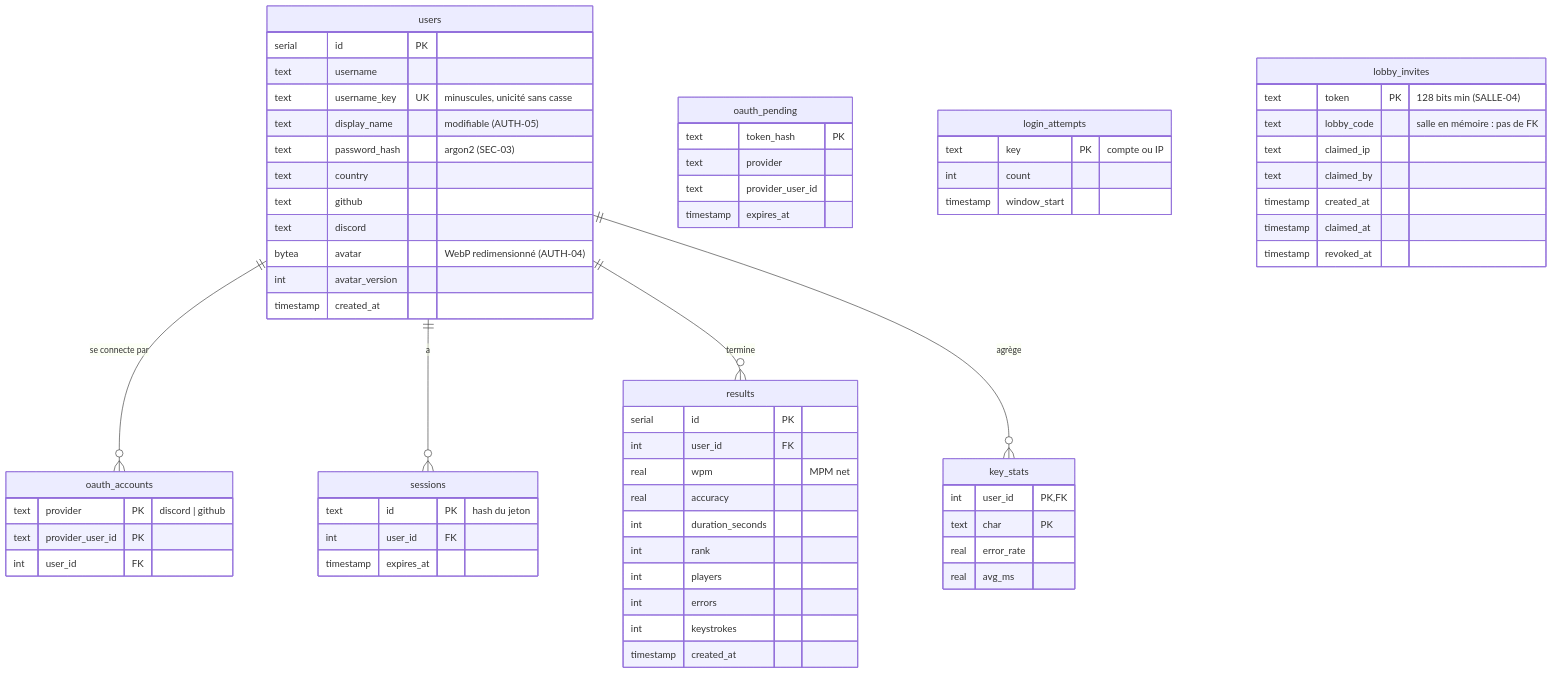
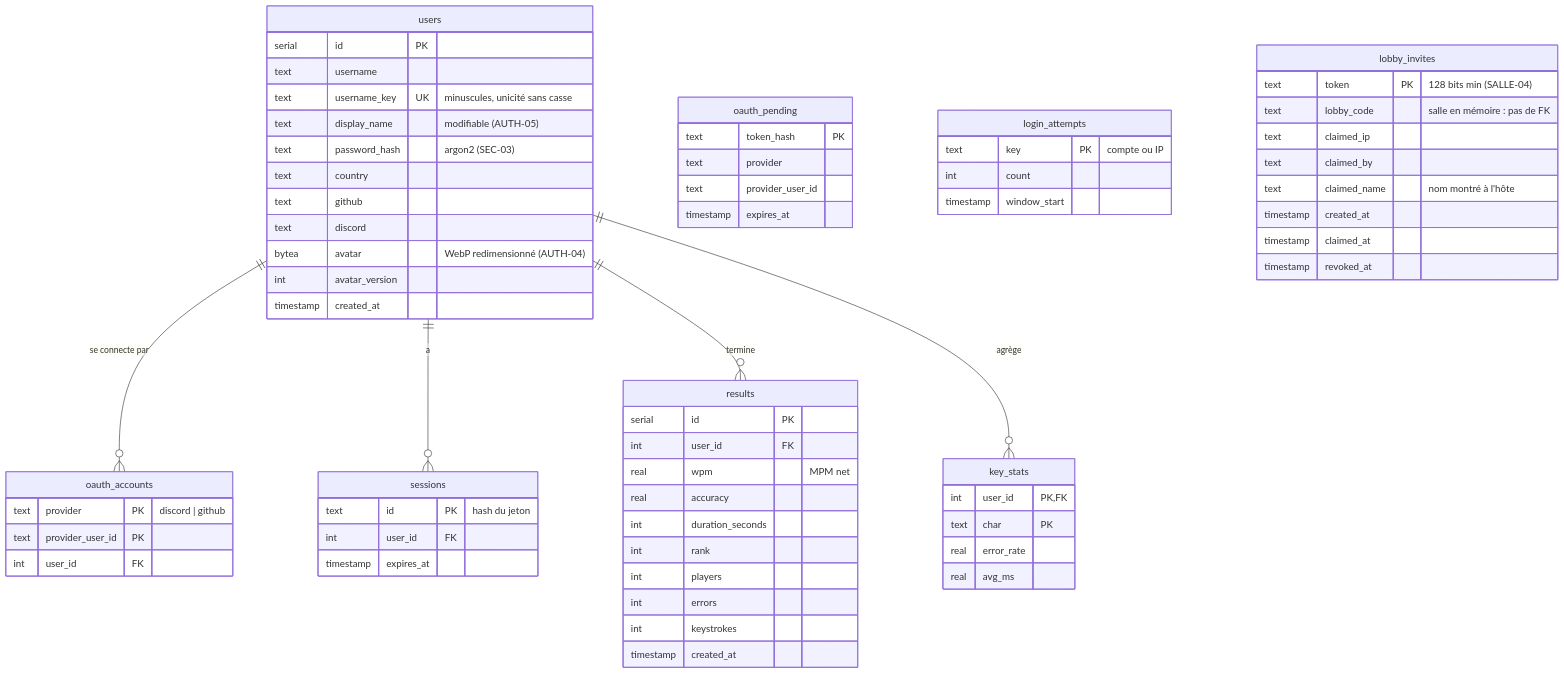
One commit to Chab2005/JJK-Curse-Typer changed the second of 3 diagrams in docs/ARCHITECTURE.md. Above: the diagram before and after it, drawn with Mermaid. The commit also changed 23 other files, not shown here.

````diff
--- a/docs/ARCHITECTURE.md
+++ b/docs/ARCHITECTURE.md
@@ -39,69 +39,70 @@
 ```mermaid
 erDiagram
   users ||--o{ oauth_accounts : "se connecte par"
   users ||--o{ sessions : "a"
   users ||--o{ results : "termine"
   users ||--o{ key_stats : "agrège"
 
   users {
     serial id PK
     text username
     text username_key UK "minuscules, unicité sans casse"
     text display_name "modifiable (AUTH-05)"
     text password_hash "argon2 (SEC-03)"
     text country
     text github
     text discord
     bytea avatar "WebP redimensionné (AUTH-04)"
     int avatar_version
     timestamp created_at
   }
   oauth_accounts {
     text provider PK "discord | github"
     text provider_user_id PK
     int user_id FK
   }
   sessions {
     text id PK "hash du jeton"
     int user_id FK
     timestamp expires_at
   }
   oauth_pending {
     text token_hash PK
     text provider
     text provider_user_id
     timestamp expires_at
   }
   login_attempts {
     text key PK "compte ou IP"
     int count
     timestamp window_start
   }
   results {
     serial id PK
     int user_id FK
     real wpm "MPM net"
     real accuracy
     int duration_seconds
     int rank
     int players
     int errors
     int keystrokes
     timestamp created_at
   }
   key_stats {
     int user_id PK, FK
     text char PK
     real error_rate
     real avg_ms
   }
   lobby_invites {
     text token PK "128 bits min (SALLE-04)"
     text lobby_code "salle en mémoire : pas de FK"
     text claimed_ip
     text claimed_by
+    text claimed_name "nom montré à l'hôte"
     timestamp created_at
     timestamp claimed_at
     timestamp revoked_at
   }
 ```
````
